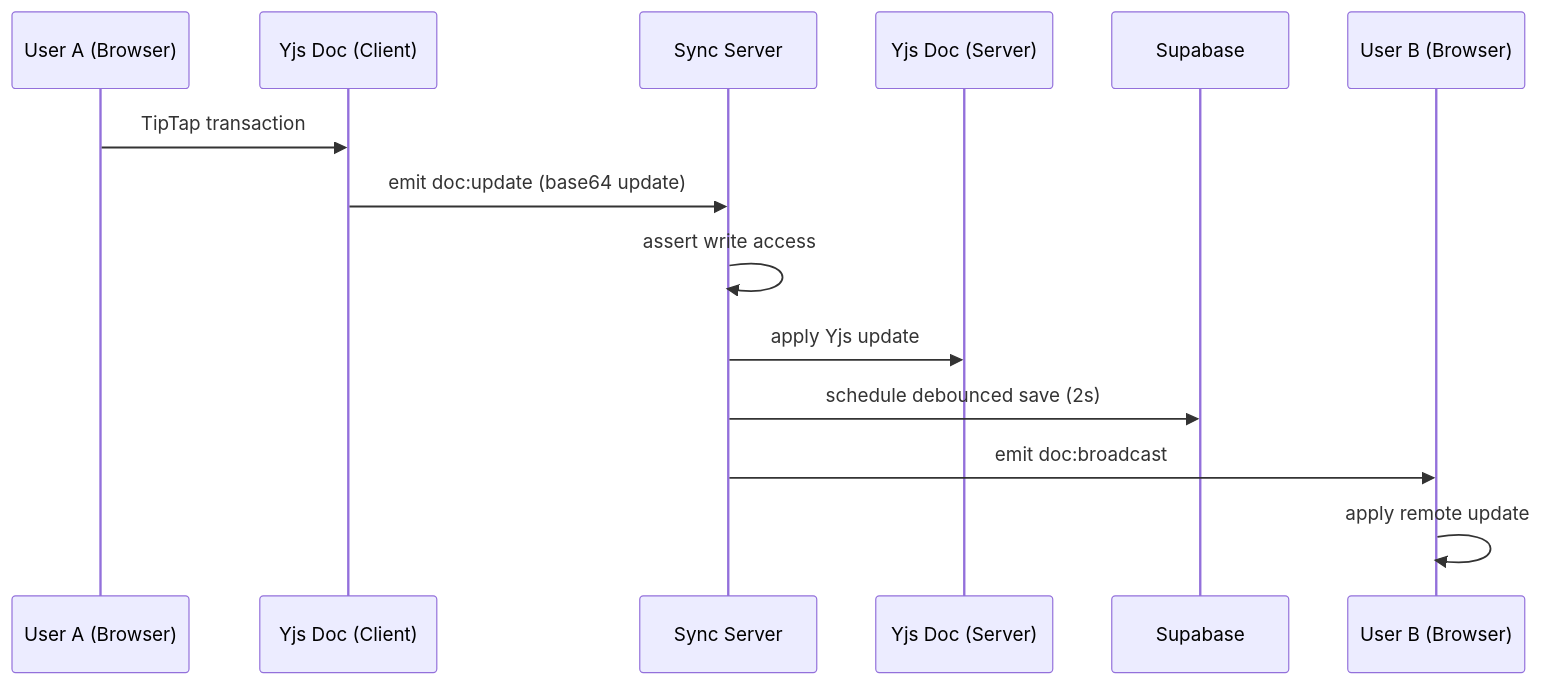
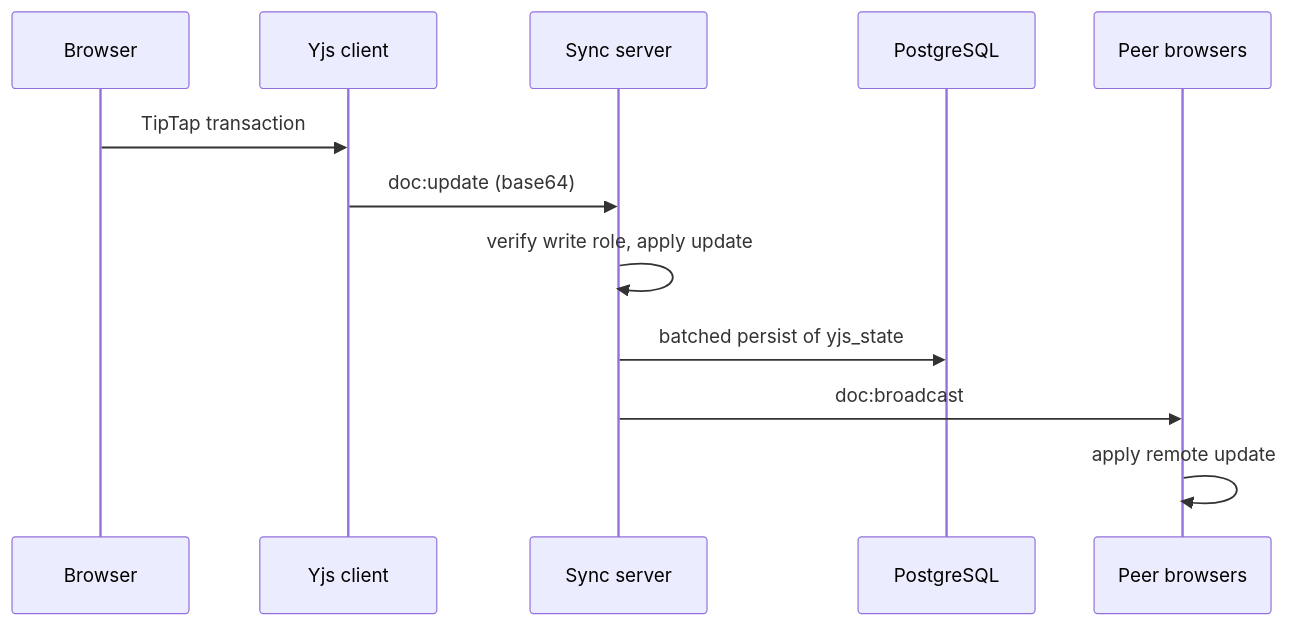
The second of 3 diagrams in README.md (Sudhan1112/Lumina-Write-editor), drawn with Mermaid before and after one commit. The commit also changed other lines of this file, not shown here.

Commit message:
Update README.md to enhance project description and clarify architecture and features of Lumina Write. Added sections on real-time collaboration, user capabilities, and detailed flow of document synchronization. Improved formatting and structure for better readability.

````diff
--- a/README.md
+++ b/README.md
@@ -71,17 +118,15 @@
 ```mermaid
 sequenceDiagram
-    participant U as User A (Browser)
-    participant YC as Yjs Doc (Client)
-    participant S as Sync Server
-    participant YS as Yjs Doc (Server)
-    participant DB as Supabase
-    participant U2 as User B (Browser)
+    participant U as Browser
+    participant Y as Yjs client
+    participant S as Sync server
+    participant DB as PostgreSQL
+    participant P as Peer browsers
 
-    U->>YC: TipTap transaction
-    YC->>S: emit doc:update (base64 update)
-    S->>S: assert write access
-    S->>YS: apply Yjs update
-    S->>DB: schedule debounced save (2s)
-    S->>U2: emit doc:broadcast
-    U2->>U2: apply remote update
+    U->>Y: TipTap transaction
+    Y->>S: doc:update (base64)
+    S->>S: verify write role, apply update
+    S->>DB: batched persist of yjs_state
+    S->>P: doc:broadcast
+    P->>P: apply remote update
 ```
````
